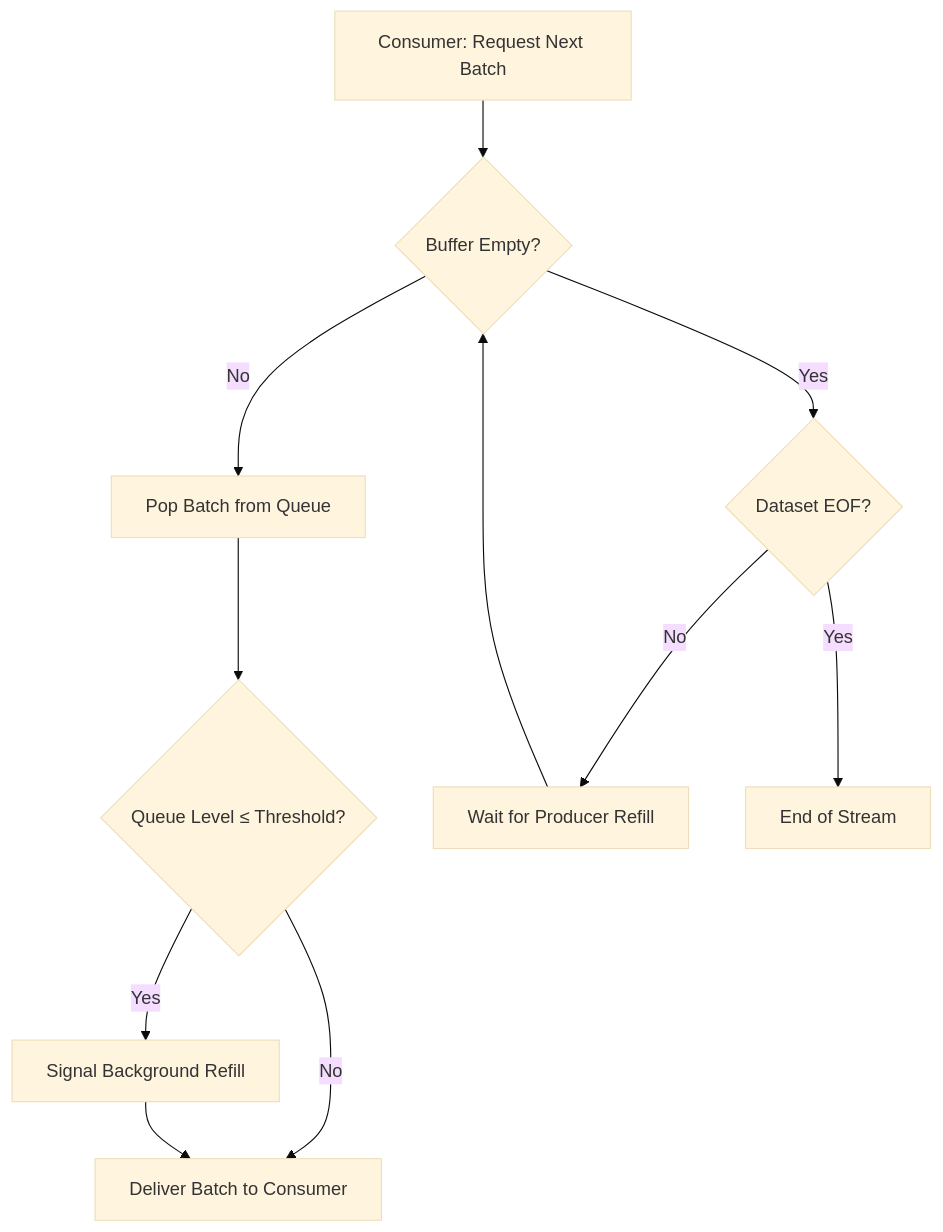
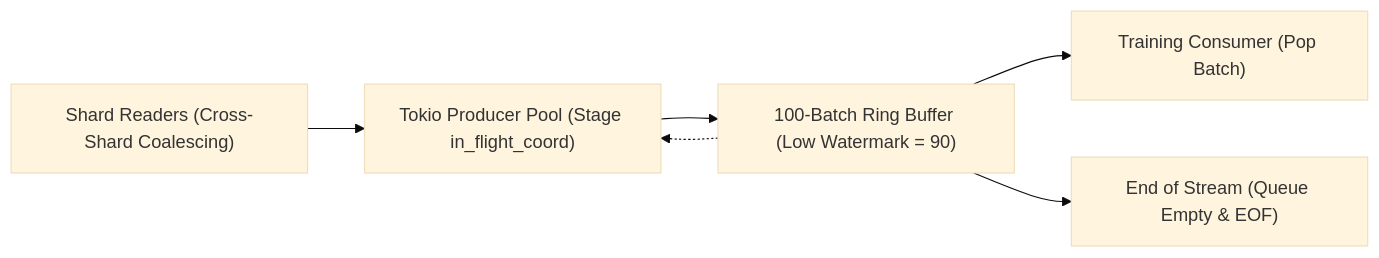
Before and after one commit to cloverx-id/luminamoon: the diagram in docs/dataloader/preram/README.md, drawn with Mermaid (base theme). The commit also changed other lines of this file and 49 other files, not shown here.

Commit message:
change diagram style

````diff
--- a/docs/dataloader/preram/README.md
+++ b/docs/dataloader/preram/README.md
@@ -15,15 +13,8 @@
 ```mermaid
-flowchart TD
-    Request["Consumer: Request Next Batch"] --> CheckQueue{"Buffer Empty?"}
-
-    CheckQueue -->|"No"| Dequeue["Pop Batch from Queue"]
-    Dequeue --> CheckWatermark{"Queue Level &le; Threshold?"}
-    CheckWatermark -->|"Yes"| NotifyWorker["Signal Background Refill"]
-    CheckWatermark -->|"No"| Deliver["Deliver Batch to Consumer"]
-    NotifyWorker --> Deliver
-
-    CheckQueue -->|"Yes"| CheckEOF{"Dataset EOF?"}
-    CheckEOF -->|"No"| WaitRefill["Wait for Producer Refill"]
-    WaitRefill --> CheckQueue
-    CheckEOF -->|"Yes"| Terminate["End of Stream"]
+flowchart LR
+    Shards["Shard Readers (Cross-Shard Coalescing)"] --> Producer["Tokio Producer Pool (Stage in_flight_coord)"]
+    Producer --> Buffer["100-Batch Ring Buffer (Low Watermark = 90)"]
+    Buffer --> Consumer["Training Consumer (Pop Batch)"]
+    Buffer -.-> Producer
+    Buffer --> End["End of Stream (Queue Empty & EOF)"]
 ```
````
